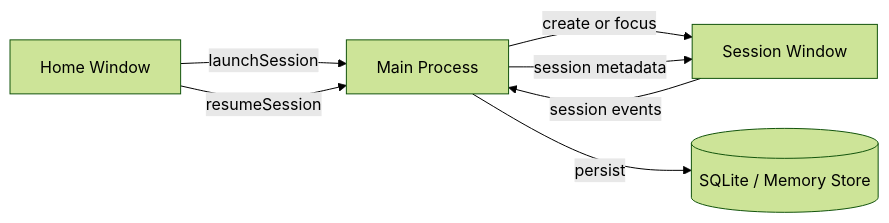
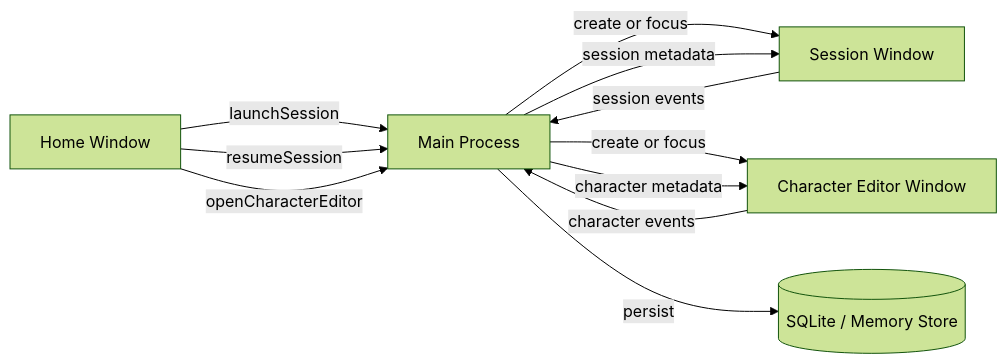
One commit to natumekazuki/WithMate changed the diagram in docs/design/window-architecture.md. Above: the diagram before and after it, drawn with Mermaid (forest theme). The commit also changed other lines of this file and 79 other files, not shown here.

````diff
--- a/docs/design/window-architecture.md
+++ b/docs/design/window-architecture.md
@@ -140,9 +197,13 @@
 ```mermaid
 flowchart LR
     HW[Home Window] -->|launchSession| MP[Main Process]
     HW -->|resumeSession| MP
+    HW -->|openCharacterEditor| MP
     MP -->|create or focus| SW[Session Window]
+    MP -->|create or focus| CW[Character Editor Window]
     MP -->|session metadata| SW
+    MP -->|character metadata| CW
     SW -->|session events| MP
+    CW -->|character events| MP
     MP -->|persist| DB[(SQLite / Memory Store)]
 ```
````
